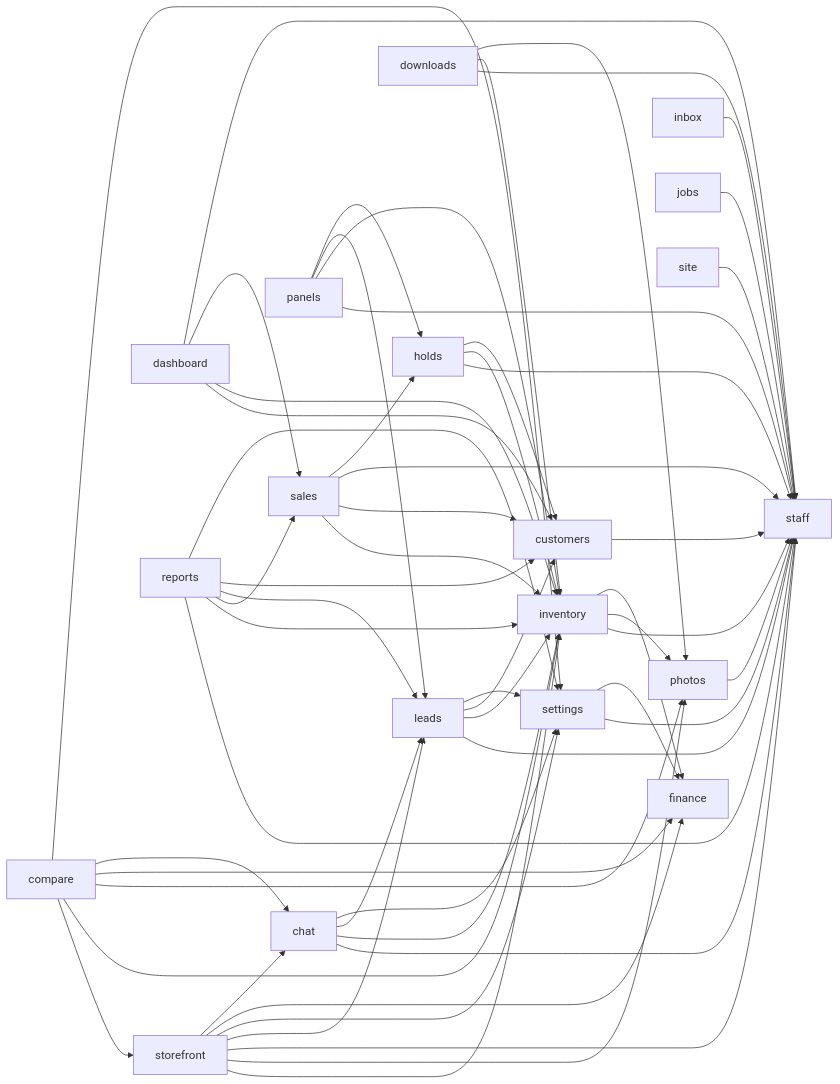
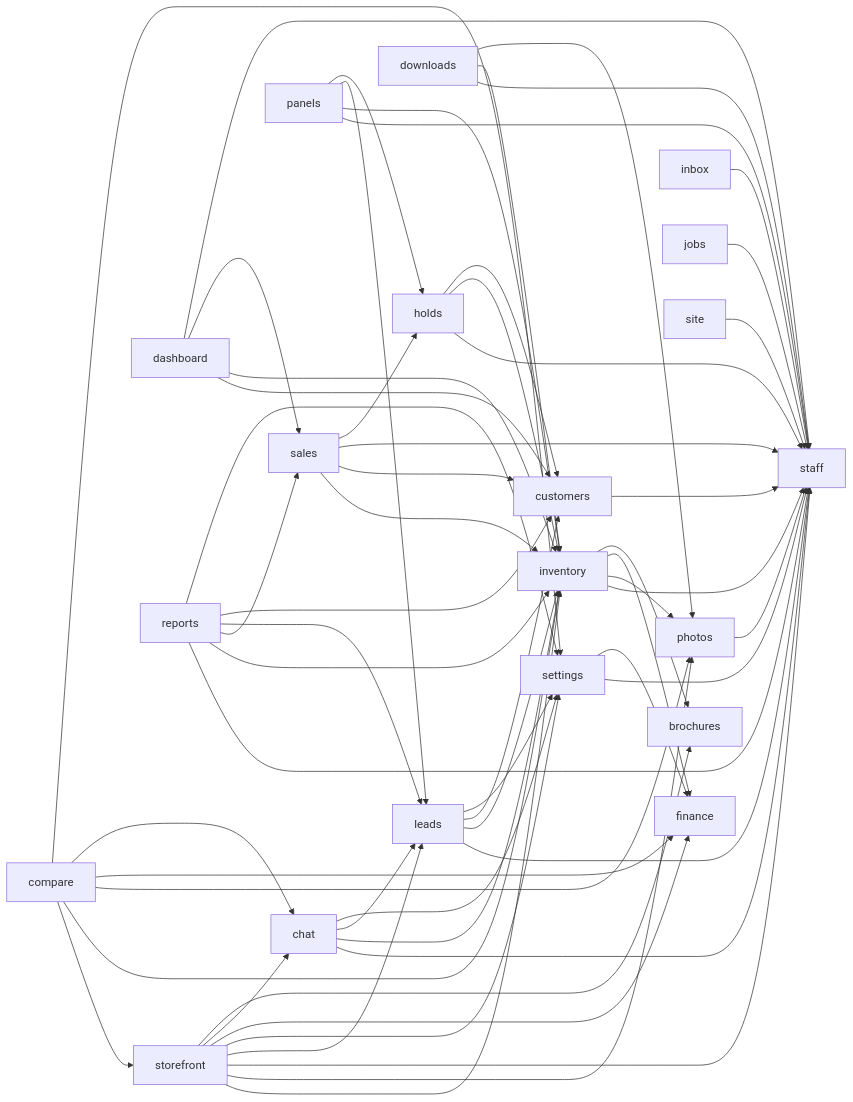
The diagram in docs/wiki/README.md (Ignibyte/aic-demo), drawn with Mermaid before and after one commit. The commit also changed other lines of this file and 90 other files, not shown here.

````diff
--- a/docs/wiki/README.md
+++ b/docs/wiki/README.md
@@ -86,60 +88,63 @@
 ```mermaid
 graph LR
+    brochures
     staff
     photos --> staff
     finance
     inventory --> staff
     inventory --> photos
     inventory --> finance
+    inventory --> brochures
     customers --> staff
     settings --> staff
     settings --> finance
     leads --> staff
     leads --> inventory
     leads --> customers
     leads --> settings
     chat --> staff
     chat --> inventory
     chat --> leads
     chat --> settings
     storefront --> inventory
     storefront --> photos
     storefront --> staff
     storefront --> leads
     storefront --> settings
     storefront --> finance
     storefront --> chat
+    storefront --> brochures
     compare --> storefront
     compare --> inventory
     compare --> photos
     compare --> finance
     compare --> chat
     compare --> settings
     holds --> staff
     holds --> inventory
     holds --> customers
     sales --> inventory
     sales --> customers
     sales --> staff
     sales --> holds
     dashboard --> customers
     dashboard --> inventory
     dashboard --> sales
     dashboard --> staff
     downloads --> staff
     downloads --> inventory
     downloads --> photos
     inbox --> staff
     jobs --> staff
     panels --> staff
     panels --> inventory
     panels --> leads
     panels --> holds
     reports --> staff
     reports --> inventory
     reports --> sales
     reports --> leads
     reports --> customers
     reports --> settings
     site --> staff
 ```
````
